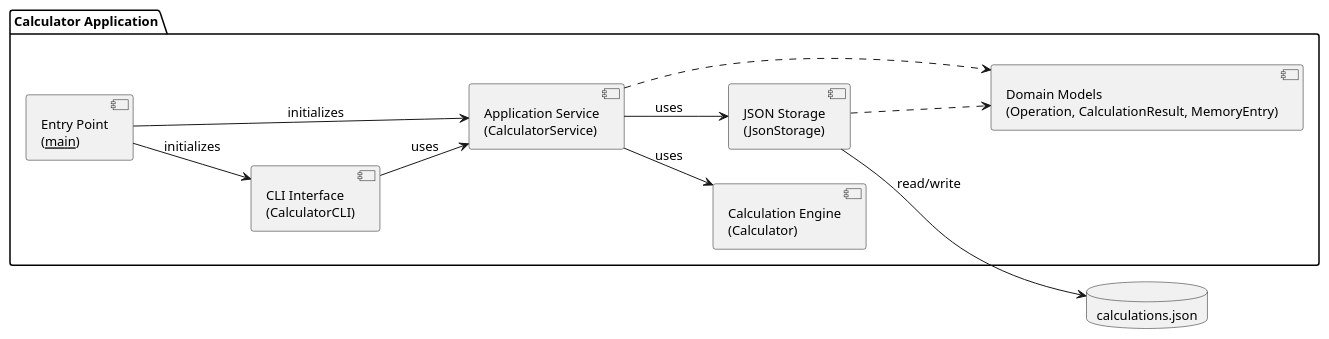
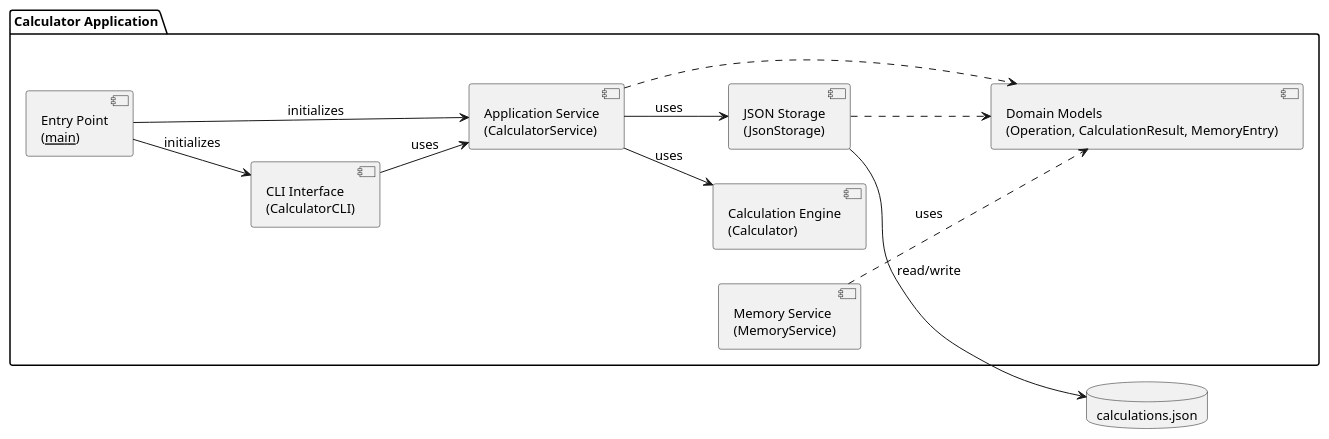
One commit to DanielRiha8906/Software_autoevolution_using_agents changed the diagram in experiments/pipeline/test_driven/calculator/artifacts/component_diagram.puml. Above: the diagram before and after it, drawn with PlantUML. The commit also changed 7 other files, not shown here.

First line of the commit message:
Task 04 - Implement MemoryService with service layer management

```diff
--- a/experiments/pipeline/test_driven/calculator/artifacts/component_diagram.puml
+++ b/experiments/pipeline/test_driven/calculator/artifacts/component_diagram.puml
@@ -1,31 +1,33 @@
 @startuml component_diagram
 
 skinparam componentStyle uml2
 skinparam defaultFontSize 13
 left to right direction
 
 package "Calculator Application" {
 
     component "Entry Point\n(__main__)" as Main
     component "CLI Interface\n(CalculatorCLI)" as CLI
     component "Application Service\n(CalculatorService)" as Service
+    component "Memory Service\n(MemoryService)" as Memory
     component "Calculation Engine\n(Calculator)" as Calc
     component "JSON Storage\n(JsonStorage)" as Store
     component "Domain Models\n(Operation, CalculationResult, MemoryEntry)" as Models
 
     Main --> CLI : initializes
     Main --> Service : initializes
 
     CLI --> Service : uses
     Service --> Calc : uses
     Service --> Store : uses
+    Memory ..> Models : uses
 
     Service ..> Models
     Store ..> Models
 }
 
 database "calculations.json" as DB
 
 Store --> DB : read/write
 
 @enduml
```
